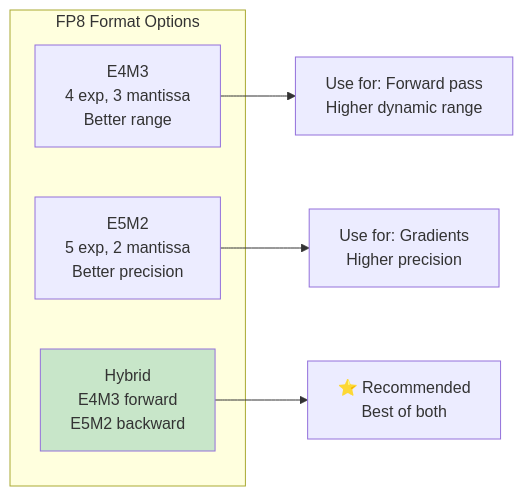
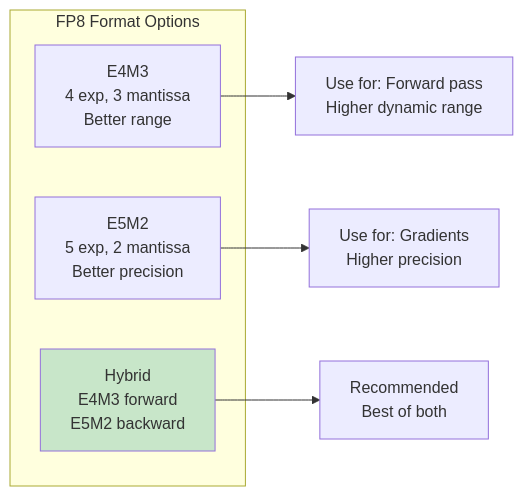
One commit to Pizzaman213/Ava_AI changed diagram 20 of 25 in code/docs/05_OPTIMIZATION_GUIDE.md. Above: the diagram before and after it, drawn with Mermaid. The commit also changed other lines of this file and 215 other files, not shown here.

````diff
--- a/code/docs/05_OPTIMIZATION_GUIDE.md
+++ b/code/docs/05_OPTIMIZATION_GUIDE.md
@@ -1057,14 +1057,14 @@
 ```mermaid
 graph LR
     subgraph "FP8 Format Options"
         E4M3[E4M3<br/>4 exp, 3 mantissa<br/>Better range]
         E5M2[E5M2<br/>5 exp, 2 mantissa<br/>Better precision]
         Hybrid[Hybrid<br/>E4M3 forward<br/>E5M2 backward]
     end
 
     E4M3 --> U1[Use for: Forward pass<br/>Higher dynamic range]
     E5M2 --> U2[Use for: Gradients<br/>Higher precision]
-    Hybrid --> U3[⭐ Recommended<br/>Best of both]
+    Hybrid --> U3[ Recommended<br/>Best of both]
 
     style Hybrid fill:#c8e6c9
 ```
````
